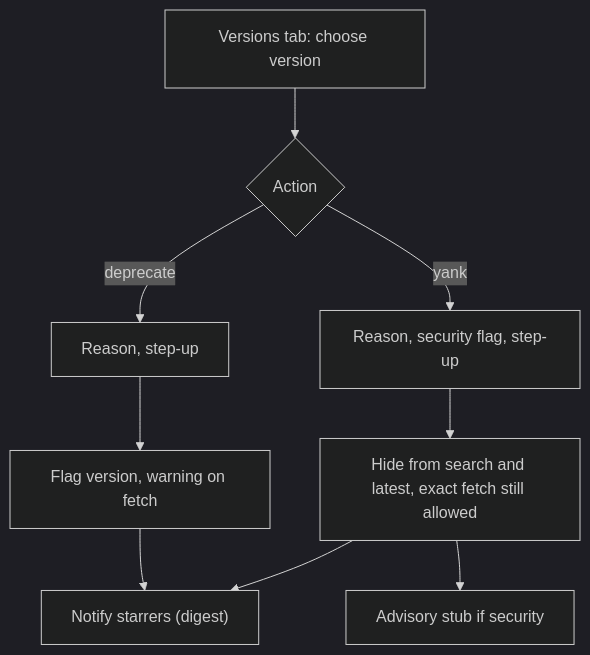
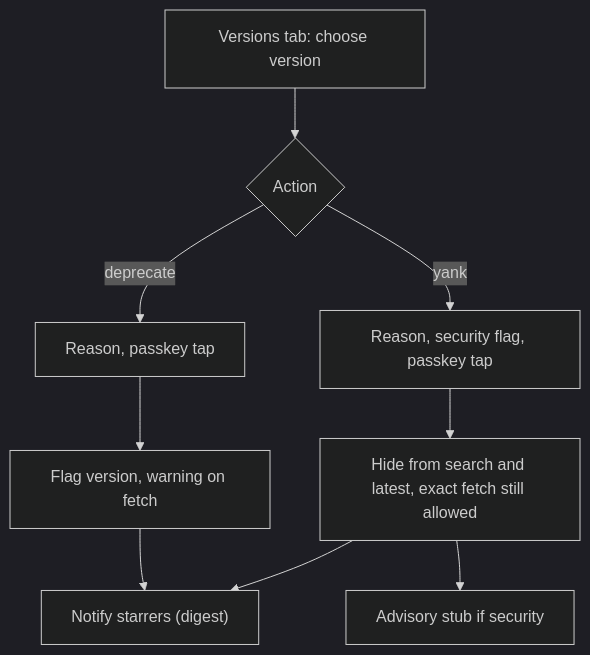
Diagram 12 of 13 in docs/ui/flows.md (Claudinite/PackServer), drawn with Mermaid (dark theme) before and after one commit. The commit also changed other lines of this file and 4 other files, not shown here.

````diff
--- a/docs/ui/flows.md
+++ b/docs/ui/flows.md
@@ -497,9 +517,9 @@
 ```mermaid
 flowchart TD
   A["Versions tab: choose version"] --> B{"Action"}
-  B -- deprecate --> C["Reason, step-up"] --> D["Flag version, warning on fetch"]
-  B -- yank --> E["Reason, security flag, step-up"] --> F["Hide from search and latest, exact fetch still allowed"]
+  B -- deprecate --> C["Reason, passkey tap"] --> D["Flag version, warning on fetch"]
+  B -- yank --> E["Reason, security flag, passkey tap"] --> F["Hide from search and latest, exact fetch still allowed"]
   F --> G["Advisory stub if security"]
   D --> H["Notify starrers (digest)"]
   F --> H
 ```
````
